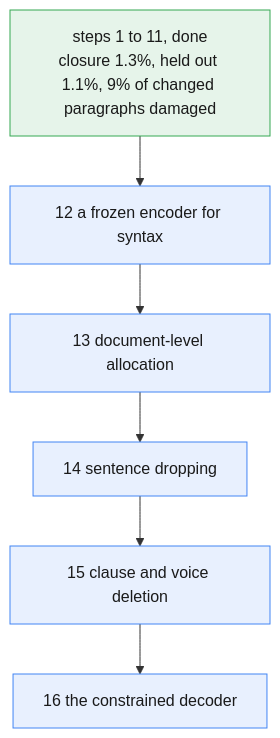
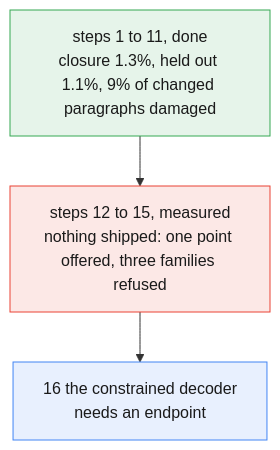
Before and after one commit to mashud37/kopi-workers: the diagram in workers/kopi-linter/docs/plan.md, drawn with Mermaid. The commit also changed other lines of this file and 17 other files, not shown here.

Commit message:
Re p12-15 encoder allocation refusals

````diff
--- a/workers/kopi-linter/docs/plan.md
+++ b/workers/kopi-linter/docs/plan.md
@@ -105,12 +106,11 @@
 ```mermaid
 flowchart TD
-    D["steps 1 to 11, done<br/>closure 1.3%, held out 1.1%, 9% of changed paragraphs damaged"] --> S12["12 a frozen encoder for syntax"]
-    S12 --> S13["13 document-level allocation"]
-    S13 --> S14["14 sentence dropping"]
-    S14 --> S15["15 clause and voice deletion"]
-    S15 --> S16["16 the constrained decoder"]
+    D["steps 1 to 11, done<br/>closure 1.3%, held out 1.1%, 9% of changed paragraphs damaged"] --> M["steps 12 to 15, measured<br/>nothing shipped: one point offered, three families refused"]
+    M --> S16["16 the constrained decoder<br/>needs an endpoint"]
     classDef done fill:#e6f4ea,stroke:#34a853,color:#1a1a1a;
+    classDef shut fill:#fce8e6,stroke:#ea4335,color:#1a1a1a;
     classDef open fill:#e8f0fe,stroke:#4285f4,color:#1a1a1a;
     class D done;
-    class S12,S13,S14,S15,S16 open;
+    class M shut;
+    class S16 open;
 ```
````
